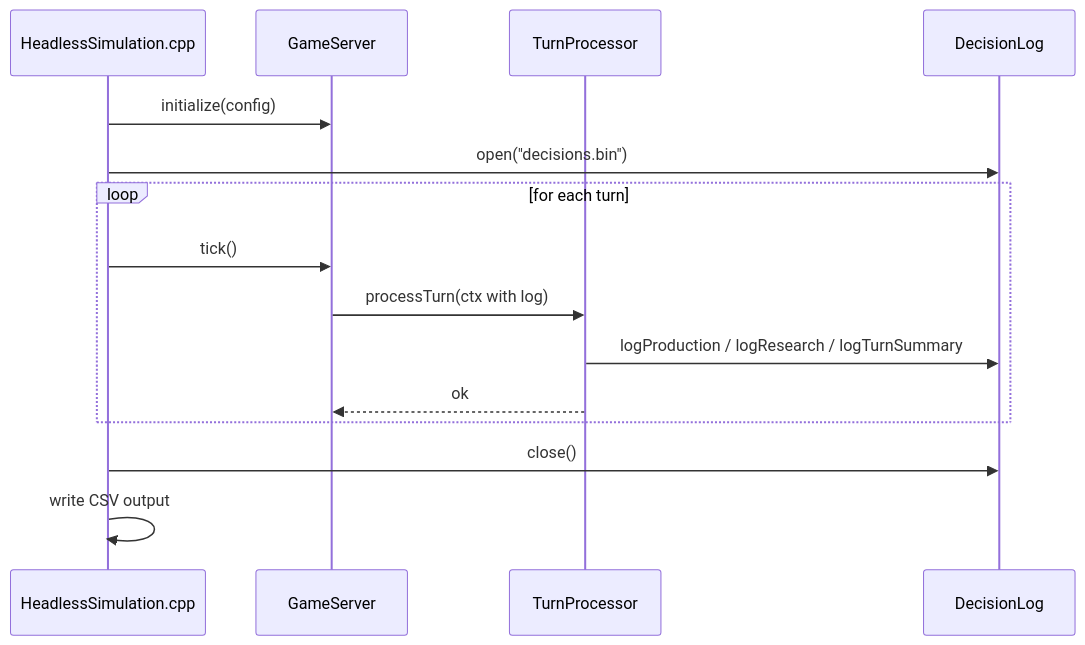
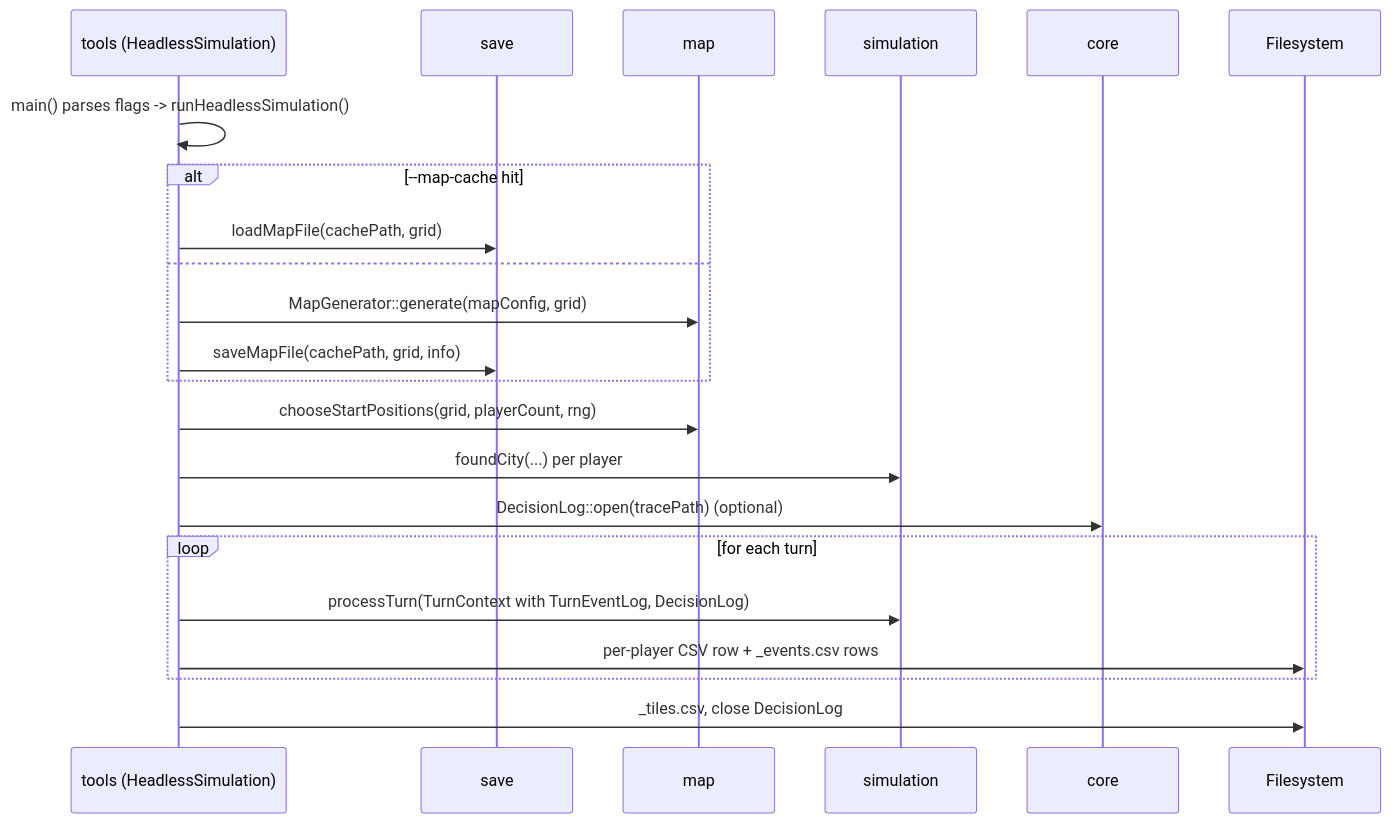
One commit to NiklasDietz/age_of_civ changed the fourth of 5 diagrams in docs/architecture/interactions.md. Above: the diagram before and after it, drawn with Mermaid. The commit also changed other lines of this file and 20 other files, not shown here.

First line of the commit message:
docs: refresh the architecture tree to 90fb00e

````diff
--- a/docs/architecture/interactions.md
+++ b/docs/architecture/interactions.md
@@ -110,18 +131,25 @@
 ```mermaid
 sequenceDiagram
-  participant main as HeadlessSimulation.cpp
-  participant srv as GameServer
-  participant sim as TurnProcessor
-  participant log as DecisionLog
+  participant tools as tools (HeadlessSimulation)
+  participant save
+  participant map
+  participant simulation
+  participant core
+  participant fs as Filesystem
 
-  main->>srv: initialize(config)
-  main->>log: open("decisions.bin")
+  tools->>tools: main() parses flags -> runHeadlessSimulation()
+  alt --map-cache hit
+    tools->>save: loadMapFile(cachePath, grid)
+  else
+    tools->>map: MapGenerator::generate(mapConfig, grid)
+    tools->>save: saveMapFile(cachePath, grid, info)
+  end
+  tools->>map: chooseStartPositions(grid, playerCount, rng)
+  tools->>simulation: foundCity(...) per player
+  tools->>core: DecisionLog::open(tracePath) (optional)
   loop for each turn
-    main->>srv: tick()
-    srv->>sim: processTurn(ctx with log)
-    sim->>log: logProduction / logResearch / logTurnSummary
-    sim-->>srv: ok
+    tools->>simulation: processTurn(TurnContext with TurnEventLog, DecisionLog)
+    tools->>fs: per-player CSV row + _events.csv rows
   end
-  main->>log: close()
-  main->>main: write CSV output
+  tools->>fs: _tiles.csv, close DecisionLog
 ```
````
